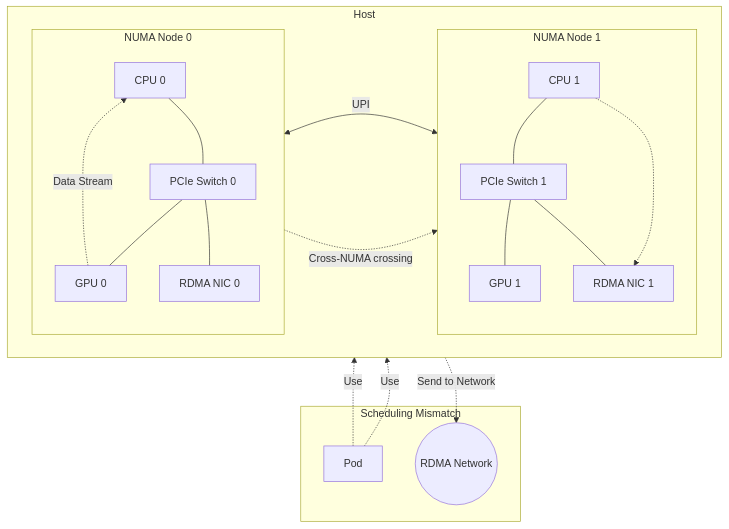
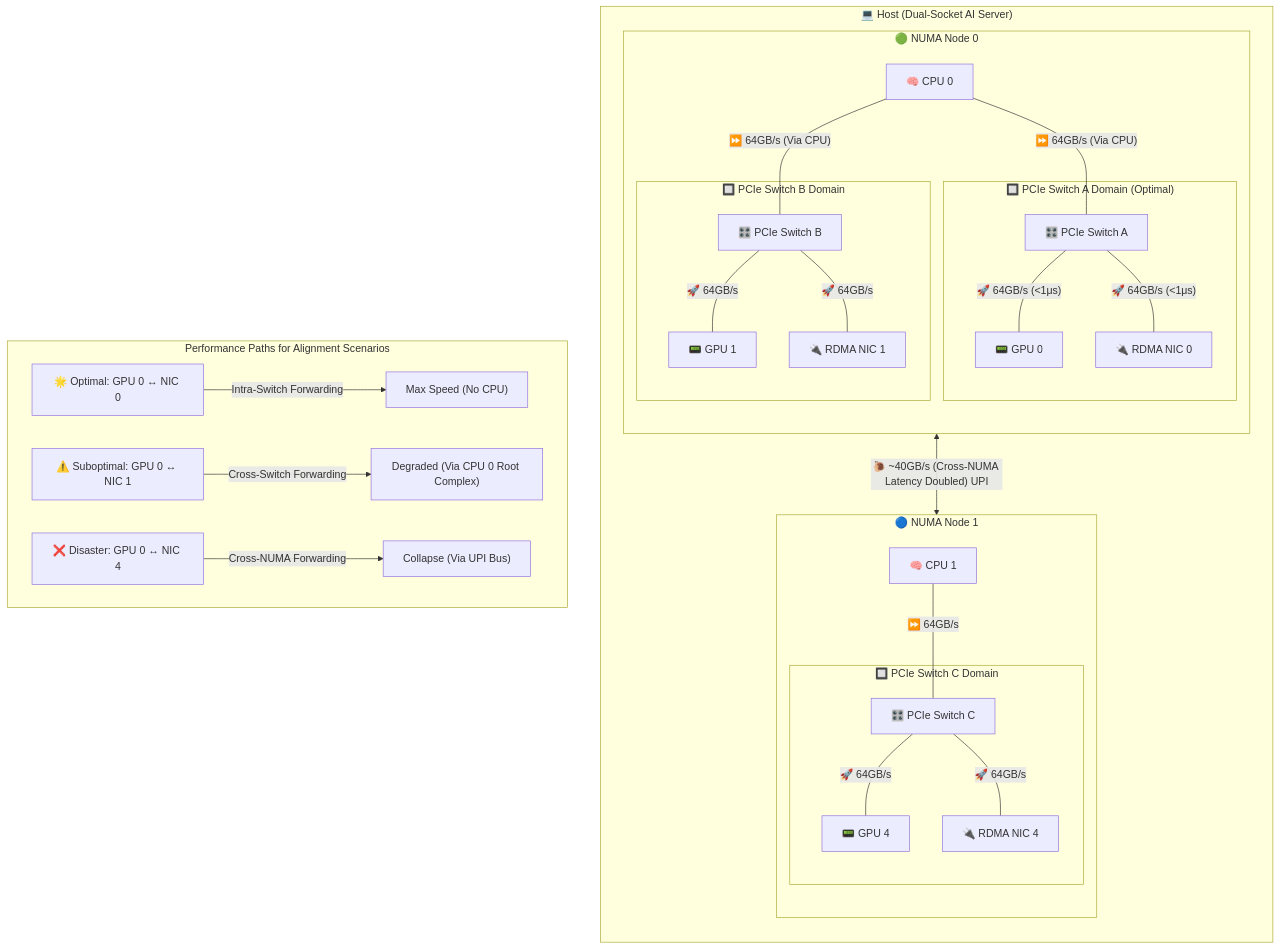
Before and after one commit to Random-Liu/llm-inference-principle-to-production: the third of 6 diagrams in parts/part5_k8s.md, drawn with Mermaid. The commit also changed other lines of this file and 1 other file, not shown here.

Commit message:
Refine GPUDirect RDMA description and diagram
Included PCIe Switch locality and bandwidth details (UPI bottleneck).

````diff
--- a/parts/part5_k8s.md
+++ b/parts/part5_k8s.md
@@ -285,30 +283,52 @@
 ```mermaid
 graph TD
-    subgraph Host ["Host"]
+    subgraph "💻 Host (Dual-Socket AI Server)"
+        direction TB
+        
+        subgraph "🟢 NUMA Node 0"
+            direction TB
+            CPU0["🧠 CPU 0"]
+            
+            subgraph "🔲 PCIe Switch A Domain (Optimal)"
+                SwitchA["🎛️ PCIe Switch A"]
+                GPU0["📟 GPU 0"]
+                NIC0["🔌 RDMA NIC 0"]
+                SwitchA ---|"🚀 64GB/s (<1μs)"| GPU0
+                SwitchA ---|"🚀 64GB/s (<1μs)"| NIC0
+            end
+            
+            subgraph "🔲 PCIe Switch B Domain"
+                SwitchB["🎛️ PCIe Switch B"]
+                GPU1["📟 GPU 1"]
+                NIC1["🔌 RDMA NIC 1"]
+                SwitchB ---|"🚀 64GB/s"| GPU1
+                SwitchB ---|"🚀 64GB/s"| NIC1
+            end
+            
+            CPU0 ---|"⏩ 64GB/s (Via CPU)"| SwitchA
+            CPU0 ---|"⏩ 64GB/s (Via CPU)"| SwitchB
+        end
+        
+        subgraph "🔵 NUMA Node 1"
+            direction TB
+            CPU1["🧠 CPU 1"]
+            subgraph "🔲 PCIe Switch C Domain"
+                SwitchC["🎛️ PCIe Switch C"]
+                GPU4["📟 GPU 4"]
+                NIC4["🔌 RDMA NIC 4"]
+                SwitchC ---|"🚀 64GB/s"| GPU4
+                SwitchC ---|"🚀 64GB/s"| NIC4
+            end
+            CPU1 ---|"⏩ 64GB/s"| SwitchC
+        end
+        
+        CPU0 <-->|"🐌 ~40GB/s (Cross-NUMA Latency Doubled) UPI"| CPU1
+    end
+
+    subgraph "Performance Paths for Alignment Scenarios"
         direction LR
-        subgraph NUMA0 ["NUMA Node 0"]
-            direction TB
-            CPU0["CPU 0"] --- Switch0["PCIe Switch 0"]
-            Switch0 --- GPU0["GPU 0"]
-            Switch0 --- NIC0["RDMA NIC 0"]
-        end
-        subgraph NUMA1 ["NUMA Node 1"]
-            direction TB
-            CPU1["CPU 1"] --- Switch1["PCIe Switch 1"]
-            Switch1 --- GPU1["GPU 1"]
-            Switch1 --- NIC1["RDMA NIC 1"]
-        end
-        CPU0 <-->|UPI| CPU1
+        Path1["🌟 Optimal: GPU 0 ↔ NIC 0"] -->|"Intra-Switch Forwarding"| Res1["Max Speed (No CPU)"]
+        Path2["⚠️ Suboptimal: GPU 0 ↔ NIC 1"] -->|"Cross-Switch Forwarding"| Res2["Degraded (Via CPU 0 Root Complex)"]
+        Path3["❌ Disaster: GPU 0 ↔ NIC 4"] -->|"Cross-NUMA Forwarding"| Res3["Collapse (Via UPI Bus)"]
     end
-    
-    subgraph Mismatch ["Scheduling Mismatch"]
-        Pod["Pod"] -.->|Use| GPU0
-        Pod -.->|Use| NIC1
-        GPU0 -.->|Data Stream| CPU0
-        CPU0 -.->|Cross-NUMA crossing| CPU1
-        CPU1 -.-> NIC1
-        NIC1 -.->|Send to Network| Network((RDMA Network))
-    end
-    
-    CPU0 ~~~ Pod
 ```
````
